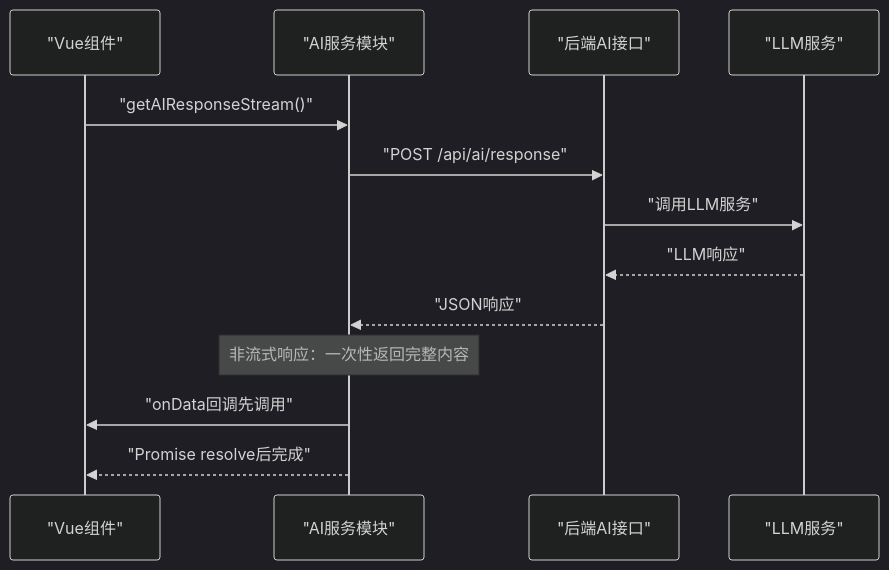
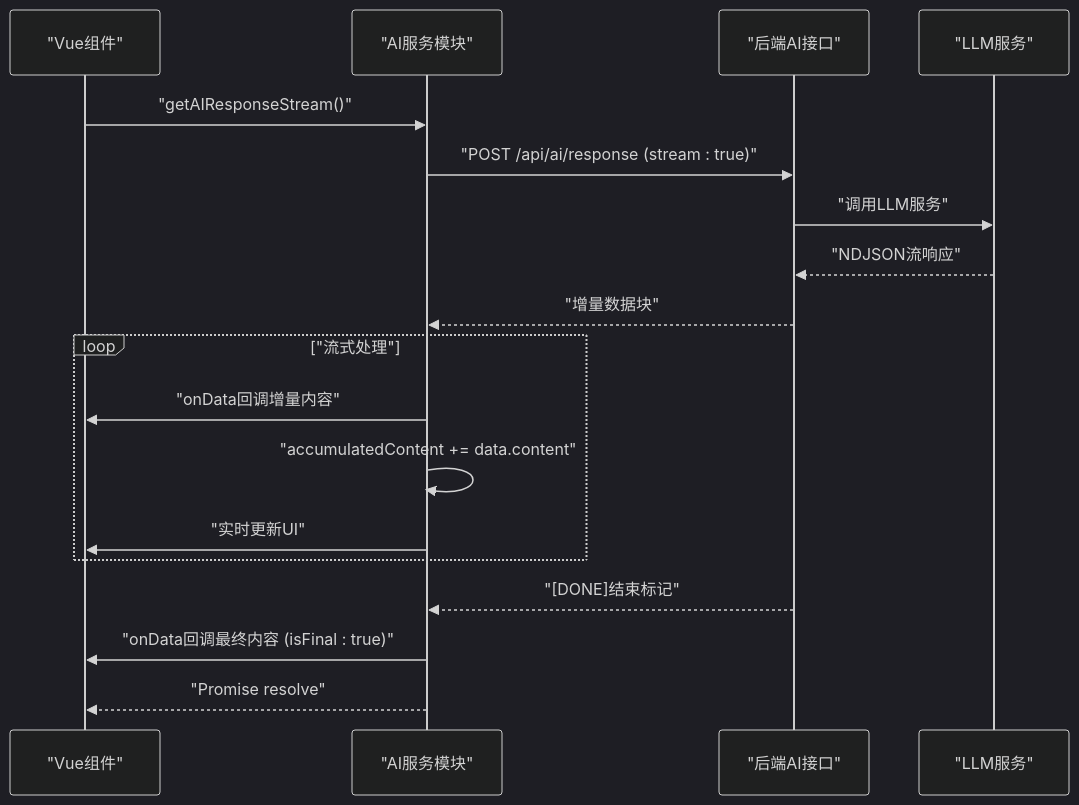
One commit to liuzh2008/med_ai_assistant_workspace changed the ninth of 24 diagrams in .qoder/repowiki/zh/content/核心功能模块/AI诊断辅助系统.md. Above: the diagram before and after it, drawn with Mermaid (dark theme). The commit also changed other lines of this file and 4 other files, not shown here.

````diff
--- a/.qoder/repowiki/zh/content/核心功能模块/AI诊断辅助系统.md
+++ b/.qoder/repowiki/zh/content/核心功能模块/AI诊断辅助系统.md
@@ -657,15 +611,20 @@
 ```mermaid
 sequenceDiagram
 participant VueComp as "Vue组件"
 participant AIService as "AI服务模块"
 participant Backend as "后端AI接口"
 participant LLM as "LLM服务"
 VueComp->>AIService : "getAIResponseStream()"
-AIService->>Backend : "POST /api/ai/response"
+AIService->>Backend : "POST /api/ai/response (stream : true)"
 Backend->>LLM : "调用LLM服务"
-LLM-->>Backend : "LLM响应"
-Backend-->>AIService : "JSON响应"
-Note over AIService : 非流式响应：一次性返回完整内容
-AIService->>VueComp : "onData回调先调用"
-AIService-->>VueComp : "Promise resolve后完成"
+LLM-->>Backend : "NDJSON流响应"
+Backend-->>AIService : "增量数据块"
+loop "流式处理"
+AIService->>VueComp : "onData回调增量内容"
+AIService->>AIService : "accumulatedContent += data.content"
+AIService->>VueComp : "实时更新UI"
+end
+Backend-->>AIService : "[DONE]结束标记"
+AIService->>VueComp : "onData回调最终内容 (isFinal : true)"
+AIService-->>VueComp : "Promise resolve"
 ```
````
